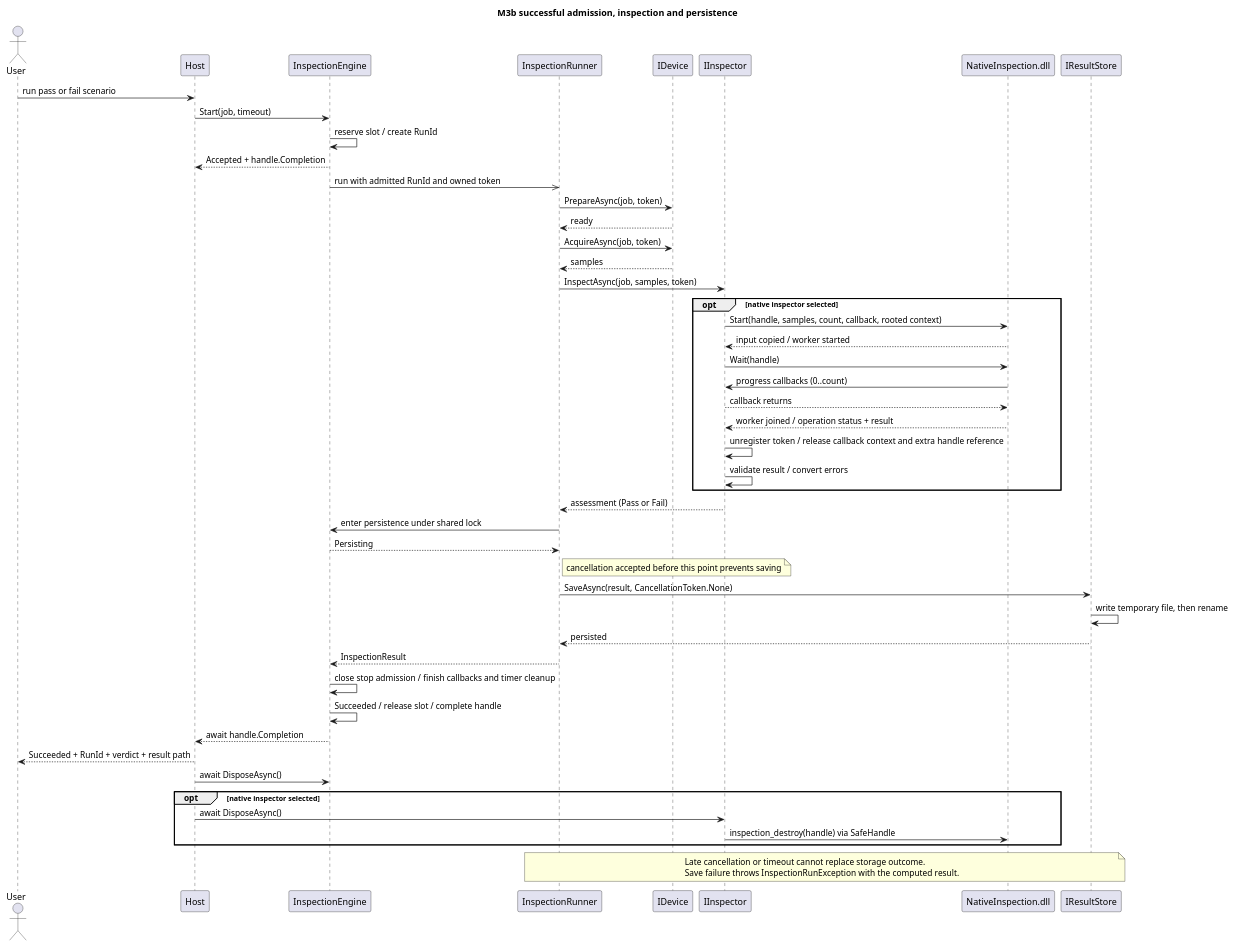
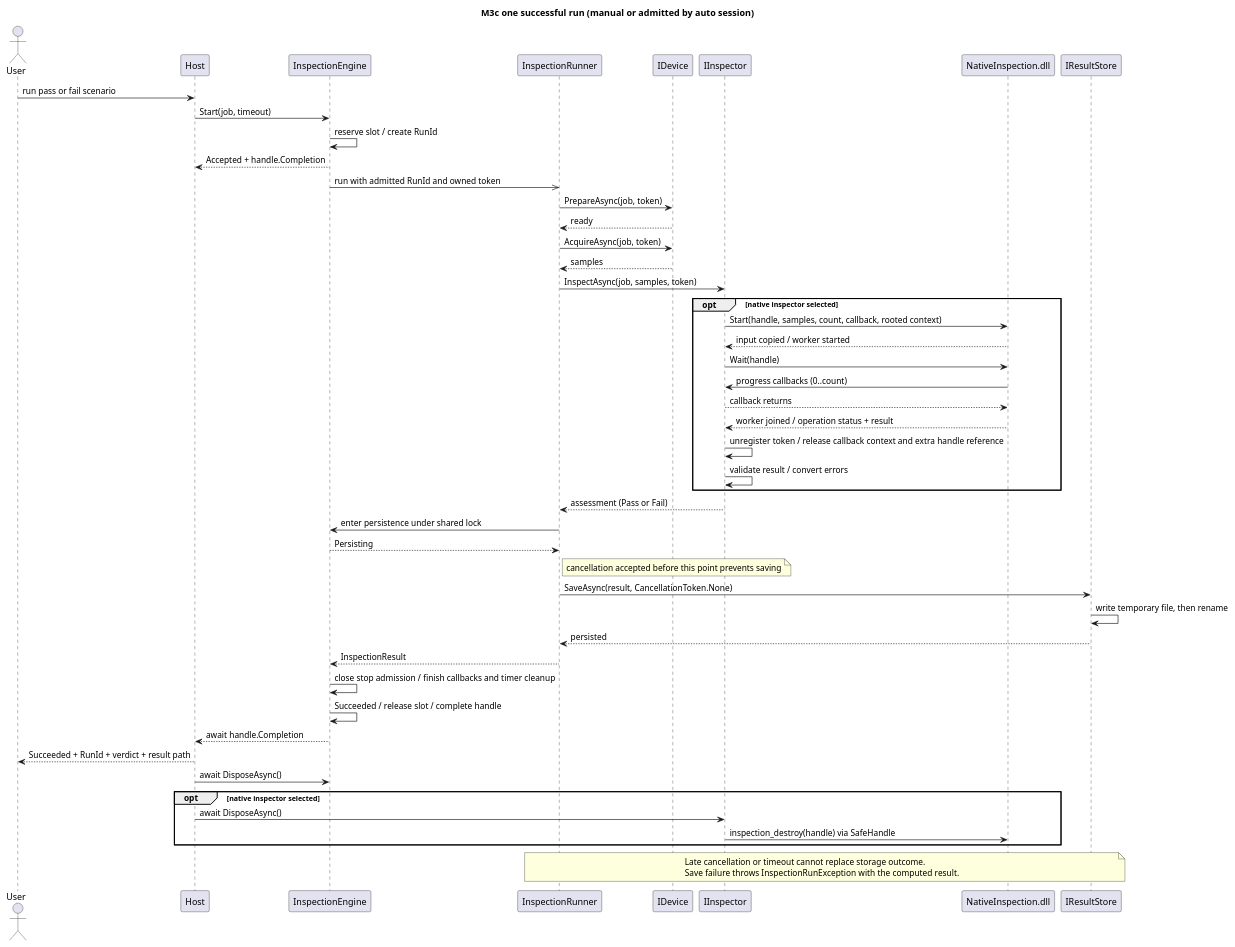
The diagram in docs/diagrams/run-sequence.puml (Myoungmin/CSharp-InspectionCore-Lab), drawn with PlantUML before and after one commit. The commit also changed 38 other files, not shown here.

```diff
--- a/docs/diagrams/run-sequence.puml
+++ b/docs/diagrams/run-sequence.puml
@@ -1,52 +1,52 @@
 @startuml run-sequence
-title M3b successful admission, inspection and persistence
+title M3c one successful run (manual or admitted by auto session)
 actor User
 participant Host
 participant InspectionEngine as Engine
 participant InspectionRunner as Runner
 participant IDevice as Device
 participant IInspector as Inspector
 participant "NativeInspection.dll" as DLL
 participant IResultStore as Store
 User -> Host : run pass or fail scenario
 Host -> Engine : Start(job, timeout)
 Engine -> Engine : reserve slot / create RunId
 Engine --> Host : Accepted + handle.Completion
 Engine ->> Runner : run with admitted RunId and owned token
 Runner -> Device : PrepareAsync(job, token)
 Device --> Runner : ready
 Runner -> Device : AcquireAsync(job, token)
 Device --> Runner : samples
 Runner -> Inspector : InspectAsync(job, samples, token)
 opt native inspector selected
 Inspector -> DLL : Start(handle, samples, count, callback, rooted context)
 DLL --> Inspector : input copied / worker started
 Inspector -> DLL : Wait(handle)
 DLL -> Inspector : progress callbacks (0..count)
 Inspector --> DLL : callback returns
 DLL --> Inspector : worker joined / operation status + result
 Inspector -> Inspector : unregister token / release callback context and extra handle reference
 Inspector -> Inspector : validate result / convert errors
 end
 Inspector --> Runner : assessment (Pass or Fail)
 Runner -> Engine : enter persistence under shared lock
 Engine --> Runner : Persisting
 note right of Runner : cancellation accepted before this point prevents saving
 Runner -> Store : SaveAsync(result, CancellationToken.None)
 Store -> Store : write temporary file, then rename
 Store --> Runner : persisted
 Runner --> Engine : InspectionResult
 Engine -> Engine : close stop admission / finish callbacks and timer cleanup
 Engine -> Engine : Succeeded / release slot / complete handle
 Engine --> Host : await handle.Completion
 Host --> User : Succeeded + RunId + verdict + result path
 Host -> Engine : await DisposeAsync()
 opt native inspector selected
 Host -> Inspector : await DisposeAsync()
 Inspector -> DLL : inspection_destroy(handle) via SafeHandle
 end
 note over Runner, Store
 Late cancellation or timeout cannot replace storage outcome.
 Save failure throws InspectionRunException with the computed result.
 end note
 @enduml
```
